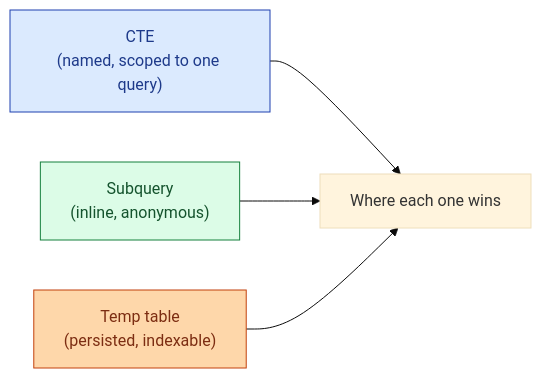
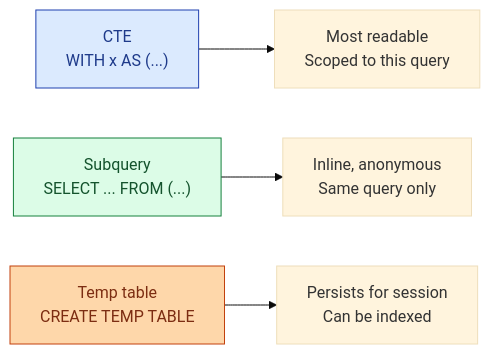
One commit to shiningflash/shiningflash.github.io changed the first of 2 diagrams in _de_concepts/003-ctes-vs-subqueries.md. Above: the diagram before and after it, drawn with Mermaid (base theme). The commit also changed other lines of this file and 5 other files, not shown here.

````diff
--- a/_de_concepts/003-ctes-vs-subqueries.md
+++ b/_de_concepts/003-ctes-vs-subqueries.md
@@ -12,13 +16,10 @@
 ```mermaid
 flowchart LR
-    CTE["CTE<br/>(named, scoped to one query)"]:::a
-    SUB["Subquery<br/>(inline, anonymous)"]:::b
-    TMP["Temp table<br/>(persisted, indexable)"]:::c
-    CTE --> Use["Where each one wins"]
-    SUB --> Use
-    TMP --> Use
+    CTE["CTE<br/>WITH x AS (...)"]:::a --> Use1["Most readable<br/>Scoped to this query"]
+    SUB["Subquery<br/>SELECT ... FROM (...)"]:::b --> Use2["Inline, anonymous<br/>Same query only"]
+    TMP["Temp table<br/>CREATE TEMP TABLE"]:::c --> Use3["Persists for session<br/>Can be indexed"]
 
     classDef a fill:#dbeafe,stroke:#1e40af,color:#1e3a8a
     classDef b fill:#dcfce7,stroke:#15803d,color:#14532d
     classDef c fill:#fed7aa,stroke:#c2410c,color:#7c2d12
 ```
````
